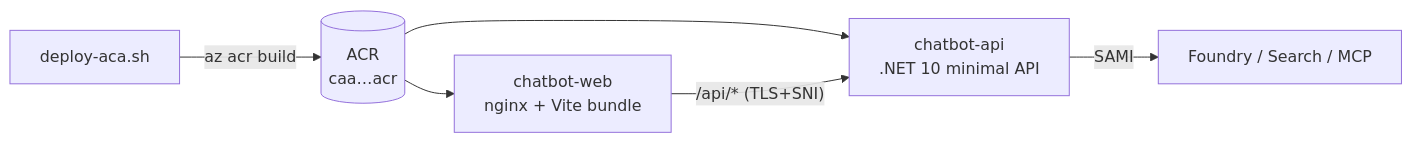
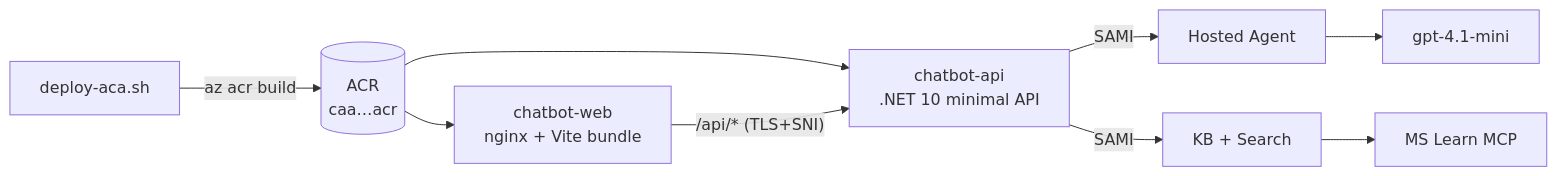
The third of 3 diagrams in docs/architecture.md (michaelsrichter/nasuni-azure-assistant), drawn with Mermaid before and after one commit. The commit also changed other lines of this file and 10 other files, not shown here.

````diff
--- a/docs/architecture.md
+++ b/docs/architecture.md
@@ -73,8 +94,11 @@
 ```mermaid
 flowchart LR
     Dev[deploy-aca.sh] -->|az acr build| ACR[(ACR<br/>caa…acr)]
     ACR --> WEB[chatbot-web<br/>nginx + Vite bundle]
     ACR --> API[chatbot-api<br/>.NET 10 minimal API]
     WEB -- /api/* (TLS+SNI) --> API
-    API -- SAMI --> FND[Foundry / Search / MCP]
+    API -- SAMI --> AG[Hosted Agent]
+    API -- SAMI --> KB[KB + Search]
+    AG --> LLM[gpt-4.1-mini]
+    KB --> MCP[MS Learn MCP]
 ```
````
